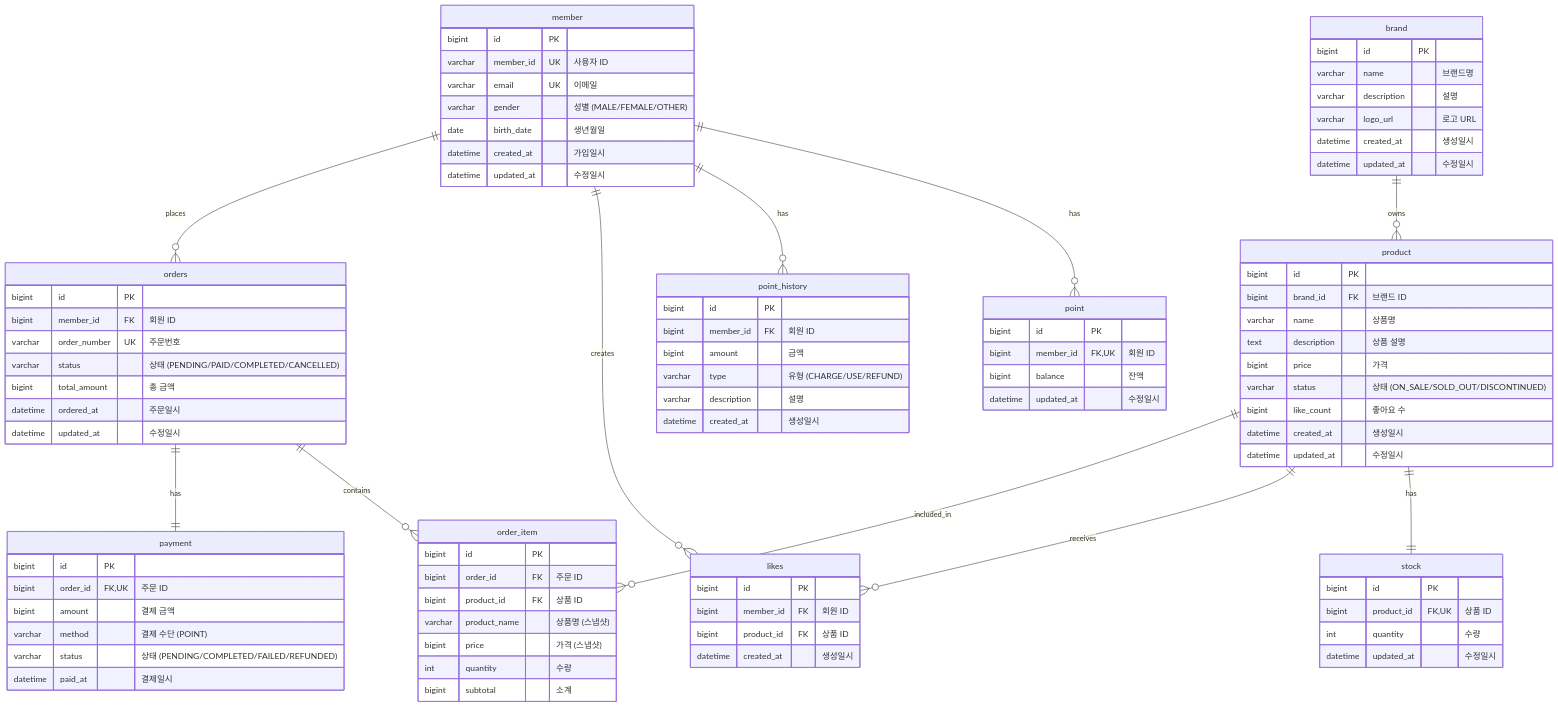
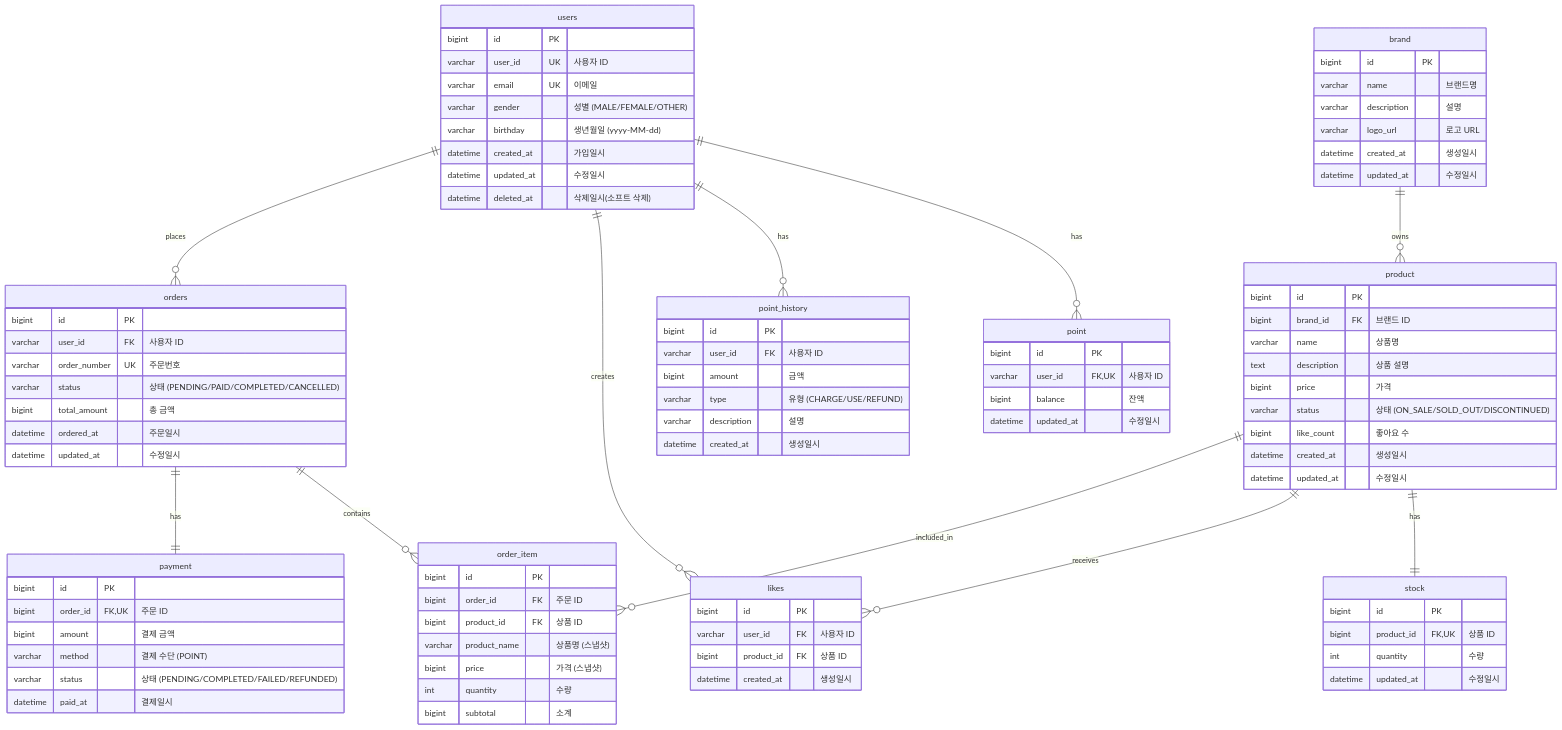
The diagram in docs/04-erd.md (yht0827/my-commerce), drawn with Mermaid before and after one commit. The commit also changed other lines of this file and 25 other files, not shown here.

````diff
--- a/docs/04-erd.md
+++ b/docs/04-erd.md
@@ -24,9 +24,9 @@
 ```mermaid
 erDiagram
-    member ||--o{ point : has
-    member ||--o{ point_history : has
-    member ||--o{ likes : creates
-    member ||--o{ orders : places
+    users ||--o{ point : has
+    users ||--o{ point_history : has
+    users ||--o{ likes : creates
+    users ||--o{ orders : places
 
     brand ||--o{ product : owns
 
@@ -37,26 +37,27 @@
     orders ||--o{ order_item : contains
     orders ||--|| payment : has
 
-    member {
+    users {
         bigint id PK
-        varchar member_id UK "사용자 ID"
+        varchar user_id UK "사용자 ID"
         varchar email UK "이메일"
         varchar gender "성별 (MALE/FEMALE/OTHER)"
-        date birth_date "생년월일"
+        varchar birthday "생년월일 (yyyy-MM-dd)"
         datetime created_at "가입일시"
         datetime updated_at "수정일시"
+        datetime deleted_at "삭제일시(소프트 삭제)"
     }
 
     point {
         bigint id PK
-        bigint member_id FK,UK "회원 ID"
+        varchar user_id FK,UK "사용자 ID"
         bigint balance "잔액"
         datetime updated_at "수정일시"
     }
 
     point_history {
         bigint id PK
-        bigint member_id FK "회원 ID"
+        varchar user_id FK "사용자 ID"
         bigint amount "금액"
         varchar type "유형 (CHARGE/USE/REFUND)"
         varchar description "설명"
@@ -93,14 +94,14 @@
 
     likes {
         bigint id PK
-        bigint member_id FK "회원 ID"
+        varchar user_id FK "사용자 ID"
         bigint product_id FK "상품 ID"
         datetime created_at "생성일시"
     }
 
     orders {
         bigint id PK
-        bigint member_id FK "회원 ID"
+        varchar user_id FK "사용자 ID"
         varchar order_number UK "주문번호"
         varchar status "상태 (PENDING/PAID/COMPLETED/CANCELLED)"
         bigint total_amount "총 금액"
````
